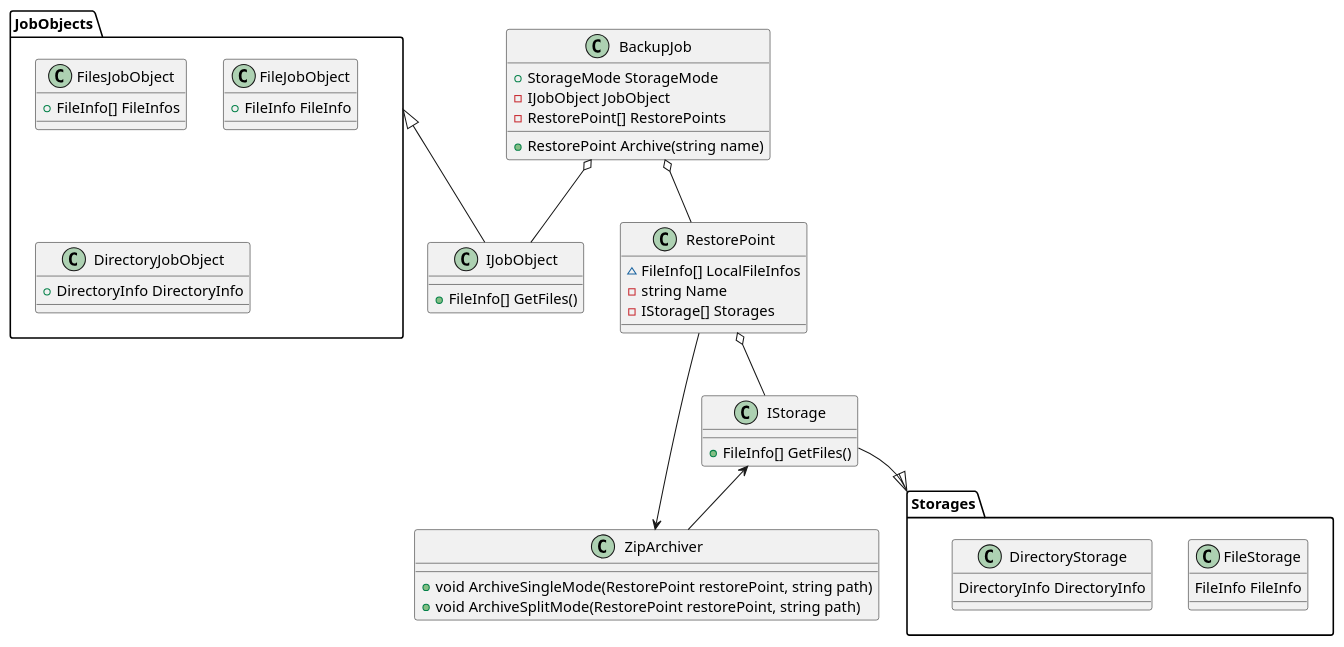
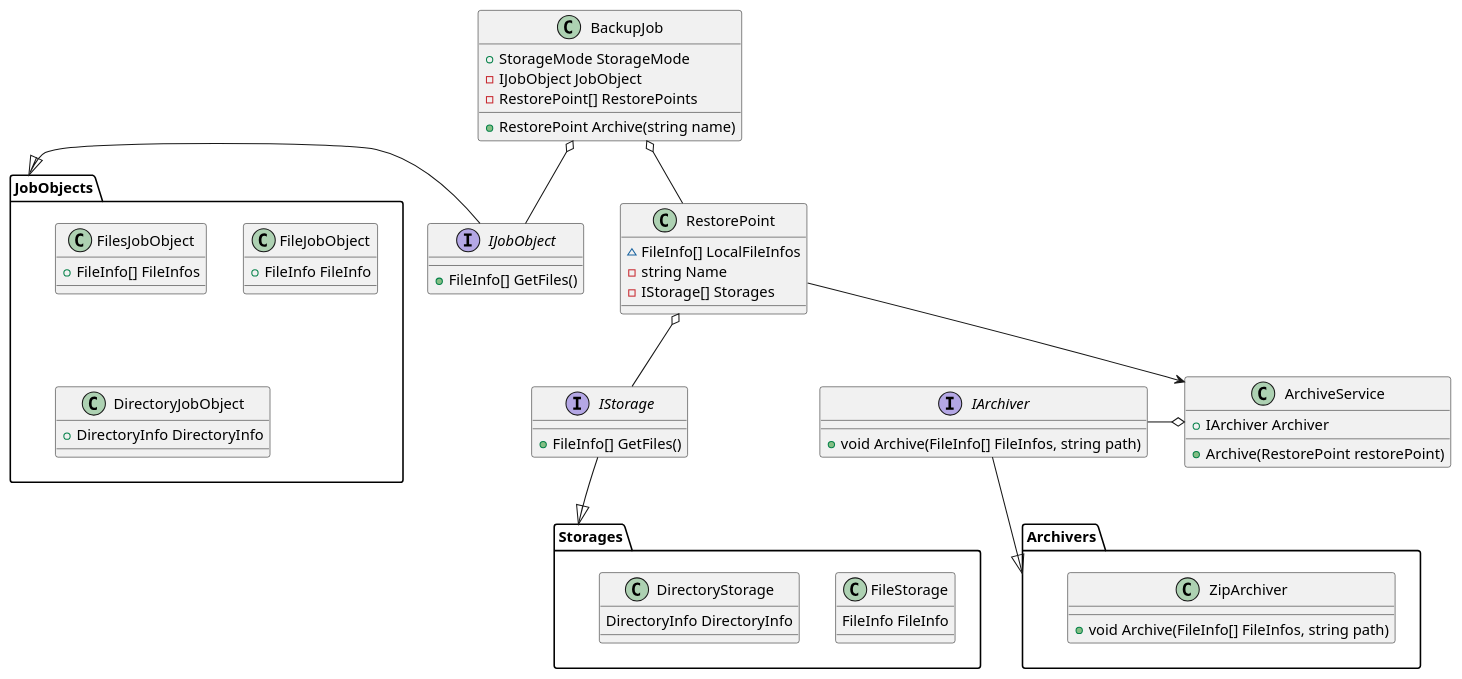
One commit to Ar4eR-ValerA/OOP.IIIsem changed the diagram in Docs/Classes.puml. Above: the diagram before and after it, drawn with PlantUML. The commit also changed 1 other file, not shown here.

Commit message:
chore: updates docs        classes uml v3.1        usecase uml v1.4

```diff
--- a/Docs/Classes.puml
+++ b/Docs/Classes.puml
@@ -1,63 +1,74 @@
 @startuml
 
 class BackupJob {
     + StorageMode StorageMode
     - IJobObject JobObject
     - RestorePoint[] RestorePoints
     
     + RestorePoint Archive(string name)
 }
 
-class IJobObject {
+interface IJobObject {
     + FileInfo[] GetFiles()
 }
 
 package JobObjects {
     class FilesJobObject {
         + FileInfo[] FileInfos
     }
     
     class FileJobObject {
         + FileInfo FileInfo
     }
     
     class DirectoryJobObject {
         + DirectoryInfo DirectoryInfo
     }
 }
 
 class RestorePoint {
     ~ FileInfo[] LocalFileInfos
     - string Name
     - IStorage[] Storages
 }
 
-class IStorage {
+interface IStorage {
     + FileInfo[] GetFiles()
 }
 
-class ZipArchiver {
-    + void ArchiveSingleMode(RestorePoint restorePoint, string path)
-    + void ArchiveSplitMode(RestorePoint restorePoint, string path)
+package Archivers {
+    class ZipArchiver {
+        + void Archive(FileInfo[] FileInfos, string path)
+    }
+}
+
+interface IArchiver {
+    + void Archive(FileInfo[] FileInfos, string path)
+}
+
+class ArchiveService {
+    + IArchiver Archiver
+    
+    + Archive(RestorePoint restorePoint)
 }
 
 package Storages {
     class FileStorage {
         FileInfo FileInfo
     }
     
     class DirectoryStorage {
         DirectoryInfo DirectoryInfo
     }
 }
 
 BackupJob o-- RestorePoint
 RestorePoint o-- IStorage
 BackupJob o-- IJobObject
-RestorePoint --> ZipArchiver
-JobObjects <|-- IJobObject
-IStorage <-- ZipArchiver
-
+RestorePoint --> ArchiveService
+JobObjects <|- IJobObject
 IStorage --|> Storages
+IArchiver -o ArchiveService
+IArchiver --|> Archivers
 
 @enduml
```
